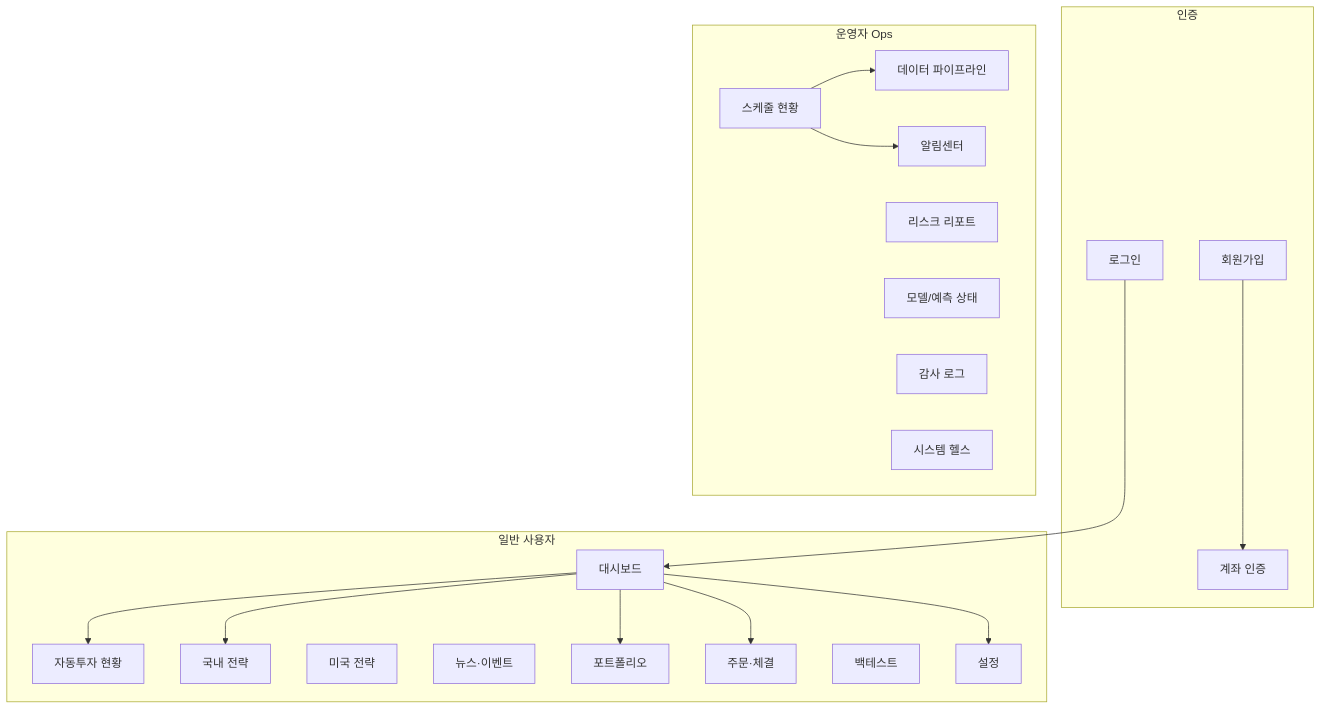
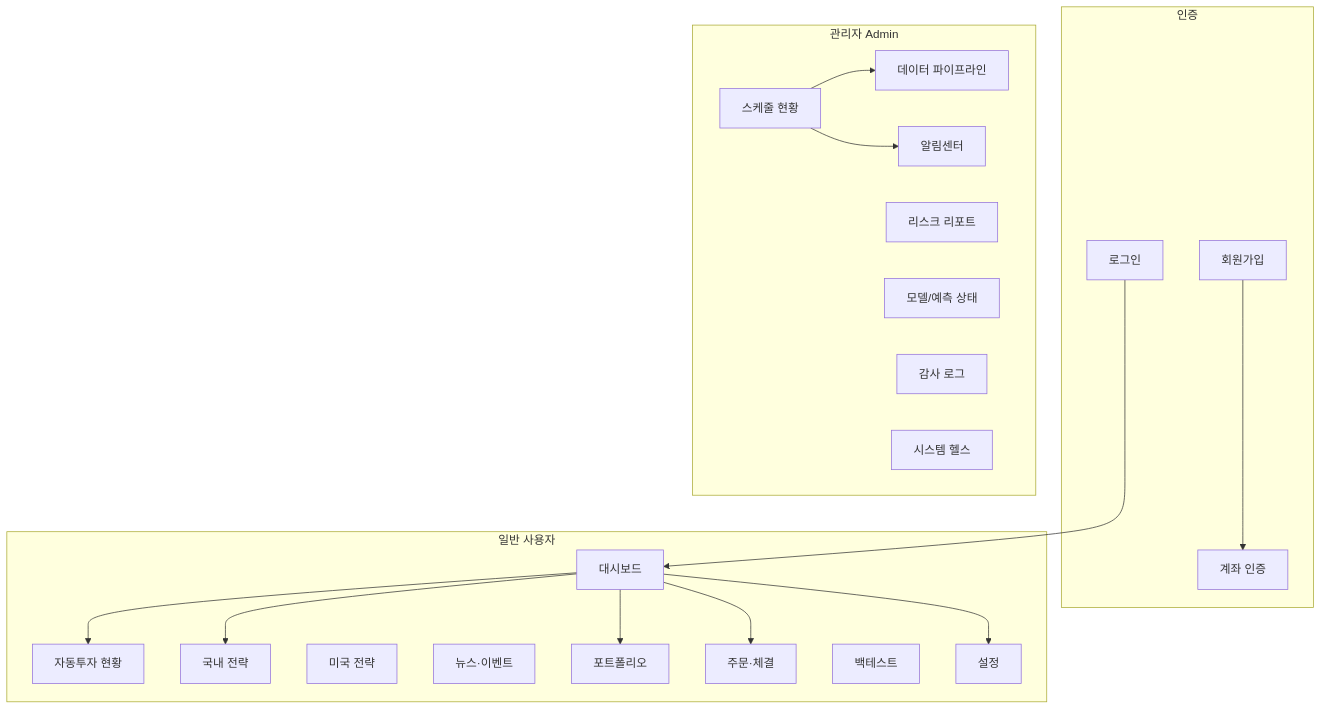
Before and after one commit to Layton0-0/investment-backend: the diagram in docs/09-planning/03-figma-wireframes/01-information-architecture.md, drawn with Mermaid. The commit also changed other lines of this file and 140 other files, not shown here.

````diff
--- a/docs/09-planning/03-figma-wireframes/01-information-architecture.md
+++ b/docs/09-planning/03-figma-wireframes/01-information-architecture.md
@@ -5,37 +5,37 @@
 ```mermaid
 flowchart TB
   subgraph auth [인증]
     login[로그인]
     signup[회원가입]
     verify[계좌 인증]
   end
   subgraph user [일반 사용자]
     dash[대시보드]
     auto[자동투자 현황]
     stratKr[국내 전략]
     stratUs[미국 전략]
     news[뉴스·이벤트]
     port[포트폴리오]
     orders[주문·체결]
     backtest[백테스트]
     settings[설정]
   end
-  subgraph ops [운영자 Ops]
+  subgraph ops [관리자 Admin]
     batch[스케줄 현황]
     dataOps[데이터 파이프라인]
     alerts[알림센터]
     risk[리스크 리포트]
     model[모델/예측 상태]
     audit[감사 로그]
     health[시스템 헬스]
   end
   login --> dash
   signup --> verify
   dash --> auto
   dash --> stratKr
   dash --> port
   dash --> orders
   dash --> settings
   batch --> dataOps
   batch --> alerts
 ```
````
